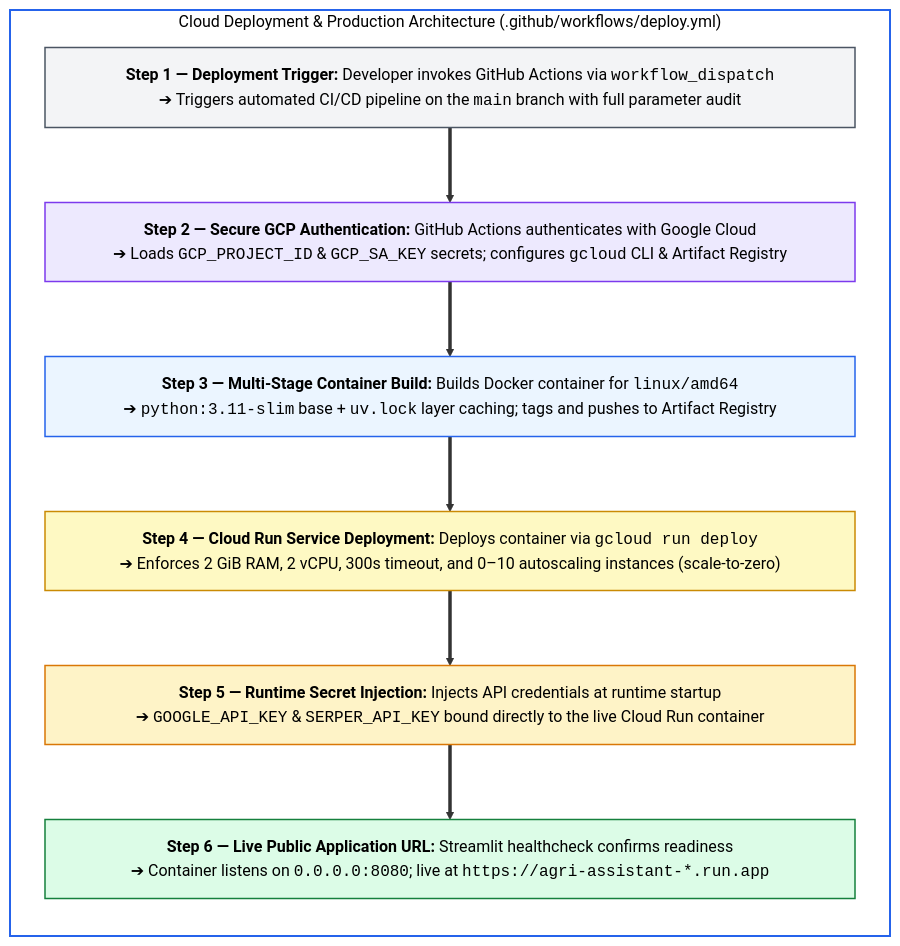
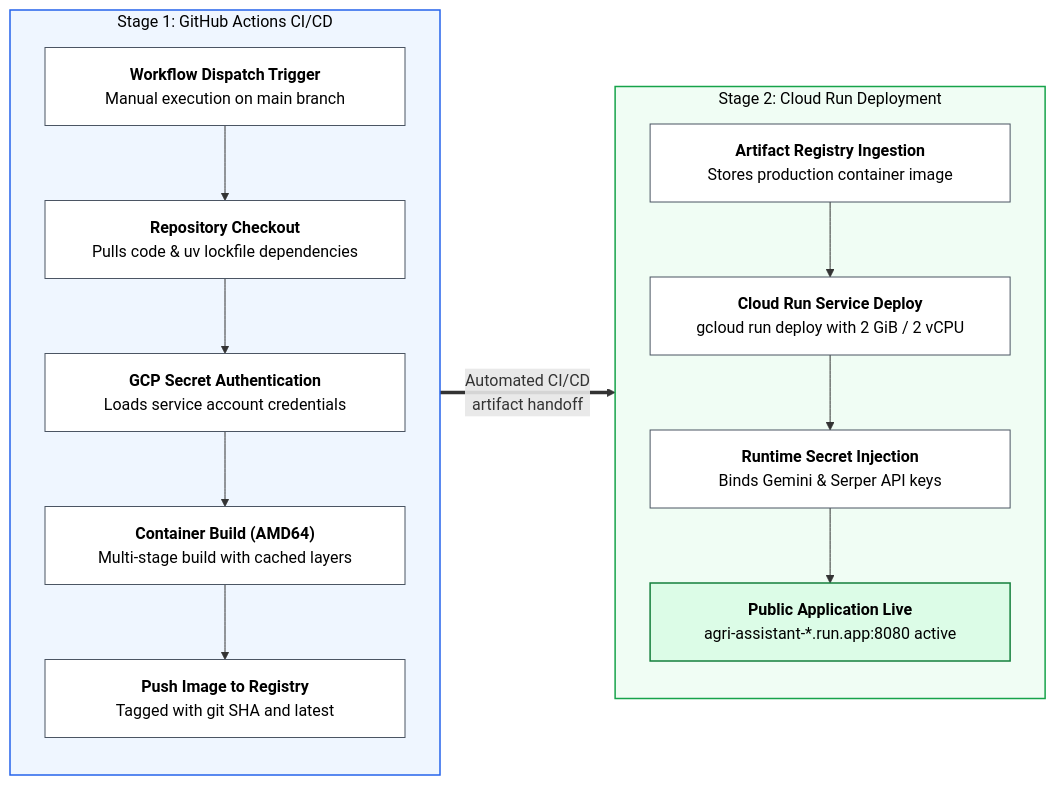
One commit to the-write-path-code/ch09-plant-doctor changed the diagram in workflow/04_cloud_deployment.md. Above: the diagram before and after it, drawn with Mermaid. The commit also changed other lines of this file and 1 other file, not shown here.

Commit message:
chore(workflow): update Figure 9.3 numbering and refine Figure 9.6 CI/CD deployment diagram

````diff
--- a/workflow/04_cloud_deployment.md
+++ b/workflow/04_cloud_deployment.md
@@ -7,36 +7,33 @@
 ```mermaid
-flowchart TD
-    subgraph STACK ["Cloud Deployment & Production Architecture (.github/workflows/deploy.yml)"]
+flowchart LR
+    subgraph STAGE1 ["Stage 1: GitHub Actions CI/CD"]
         direction TB
-
-        S1["<div style='min-width: 750px;'><b>Step 1 — Deployment Trigger:</b> Developer invokes GitHub Actions via <code>workflow_dispatch</code><br/>➔ Triggers automated CI/CD pipeline on the <code>main</code> branch with full parameter audit</div>"]
-
-        S2["<div style='min-width: 750px;'><b>Step 2 — Secure GCP Authentication:</b> GitHub Actions authenticates with Google Cloud<br/>➔ Loads <code>GCP_PROJECT_ID</code> & <code>GCP_SA_KEY</code> secrets; configures <code>gcloud</code> CLI & Artifact Registry</div>"]
-
-        S3["<div style='min-width: 750px;'><b>Step 3 — Multi-Stage Container Build:</b> Builds Docker container for <code>linux/amd64</code><br/>➔ <code>python:3.11-slim</code> base + <code>uv.lock</code> layer caching; tags and pushes to Artifact Registry</div>"]
-
-        S4["<div style='min-width: 750px;'><b>Step 4 — Cloud Run Service Deployment:</b> Deploys container via <code>gcloud run deploy</code><br/>➔ Enforces 2 GiB RAM, 2 vCPU, 300s timeout, and 0–10 autoscaling instances (scale-to-zero)</div>"]
-
-        S5["<div style='min-width: 750px;'><b>Step 5 — Runtime Secret Injection:</b> Injects API credentials at runtime startup<br/>➔ <code>GOOGLE_API_KEY</code> & <code>SERPER_API_KEY</code> bound directly to the live Cloud Run container</div>"]
-
-        S6["<div style='min-width: 750px;'><b>Step 6 — Live Public Application URL:</b> Streamlit healthcheck confirms readiness<br/>➔ Container listens on <code>0.0.0.0:8080</code>; live at <code>https://agri-assistant-*.run.app</code></div>"]
-
-        S1 ==> S2 ==> S3 ==> S4 ==> S5 ==> S6
+        A["<div style='min-width: 300px;'><b>Workflow Dispatch Trigger</b><br/>Manual execution on main branch</div>"]
+        B["<div style='min-width: 300px;'><b>Repository Checkout</b><br/>Pulls code & uv lockfile dependencies</div>"]
+        C["<div style='min-width: 300px;'><b>GCP Secret Authentication</b><br/>Loads service account credentials</div>"]
+        D["<div style='min-width: 300px;'><b>Container Build (AMD64)</b><br/>Multi-stage build with cached layers</div>"]
+        E["<div style='min-width: 300px;'><b>Push Image to Registry</b><br/>Tagged with git SHA and latest</div>"]
+        A --> B --> C --> D --> E
     end
 
-    classDef stack fill:#FFFFFF,stroke:#2563EB,color:#000000,stroke-width:2px
-    classDef s1 fill:#F3F4F6,stroke:#4B5563,color:#000000,stroke-width:1.5px
-    classDef s2 fill:#EDE9FE,stroke:#7C3AED,color:#000000,stroke-width:1.5px
-    classDef s3 fill:#EBF5FF,stroke:#2563EB,color:#000000,stroke-width:1.5px
-    classDef s4 fill:#FEF9C3,stroke:#CA8A04,color:#000000,stroke-width:1.5px
-    classDef s5 fill:#FEF3C7,stroke:#D97706,color:#000000,stroke-width:1.5px
-    classDef s6 fill:#DCFCE7,stroke:#15803D,color:#000000,stroke-width:1.5px
+    subgraph STAGE2 ["Stage 2: Cloud Run Deployment"]
+        direction TB
+        F["<div style='min-width: 300px;'><b>Artifact Registry Ingestion</b><br/>Stores production container image</div>"]
+        G["<div style='min-width: 300px;'><b>Cloud Run Service Deploy</b><br/>gcloud run deploy with 2 GiB / 2 vCPU</div>"]
+        H["<div style='min-width: 300px;'><b>Runtime Secret Injection</b><br/>Binds Gemini & Serper API keys</div>"]
+        I["<div style='min-width: 300px;'><b>Public Application Live</b><br/>agri-assistant-*.run.app:8080 active</div>"]
+        F --> G --> H --> I
+    end
 
-    class STACK stack
-    class S1 s1
-    class S2 s2
-    class S3 s3
-    class S4 s4
-    class S5 s5
-    class S6 s6
+    STAGE1 ==>|"Automated CI/CD<br/>artifact handoff"| STAGE2
+
+    classDef s1 fill:#EFF6FF,stroke:#2563EB,stroke-width:1.5px,color:#000000
+    classDef s2 fill:#F0FDF4,stroke:#16A34A,stroke-width:1.5px,color:#000000
+    classDef live fill:#DCFCE7,stroke:#15803D,stroke-width:1.5px,color:#000000
+    classDef node fill:#FFFFFF,stroke:#4B5563,stroke-width:1px,color:#000000
+
+    class STAGE1 s1
+    class STAGE2 s2
+    class I live
+    class A,B,C,D,E,F,G,H node
 ```
````
